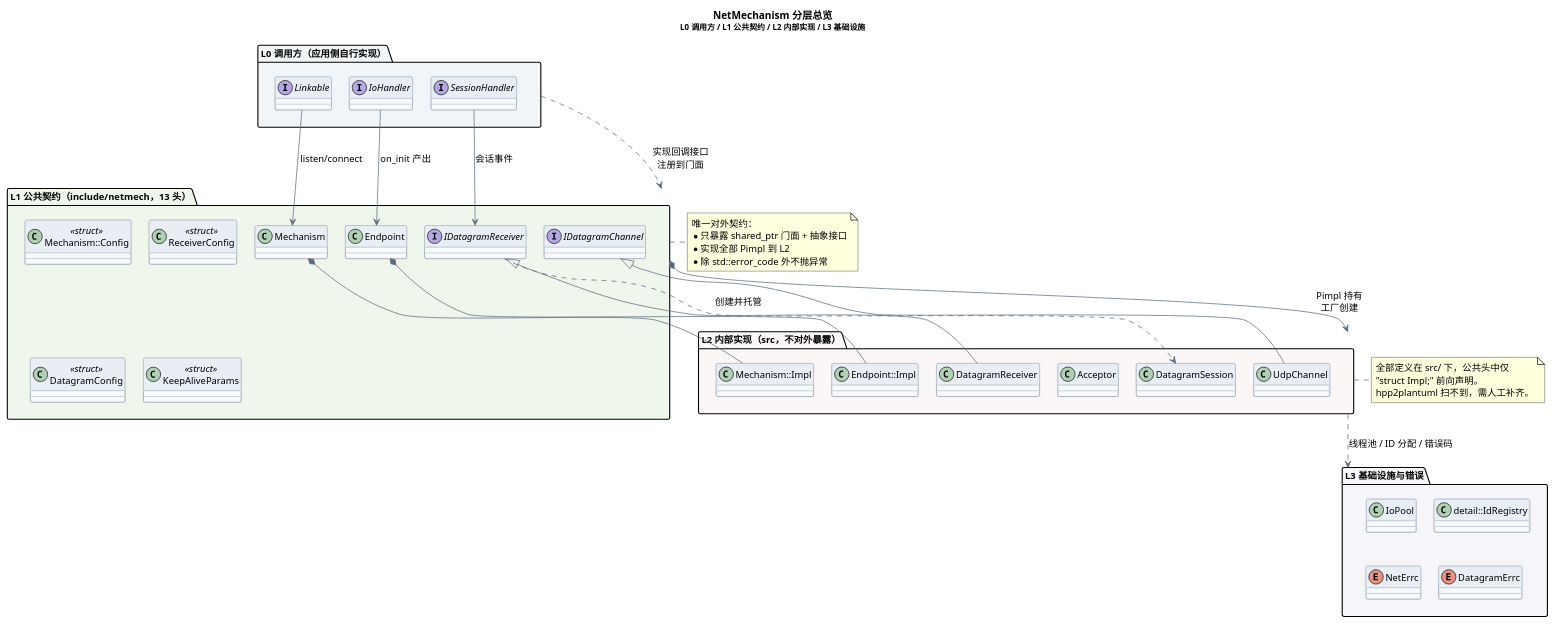
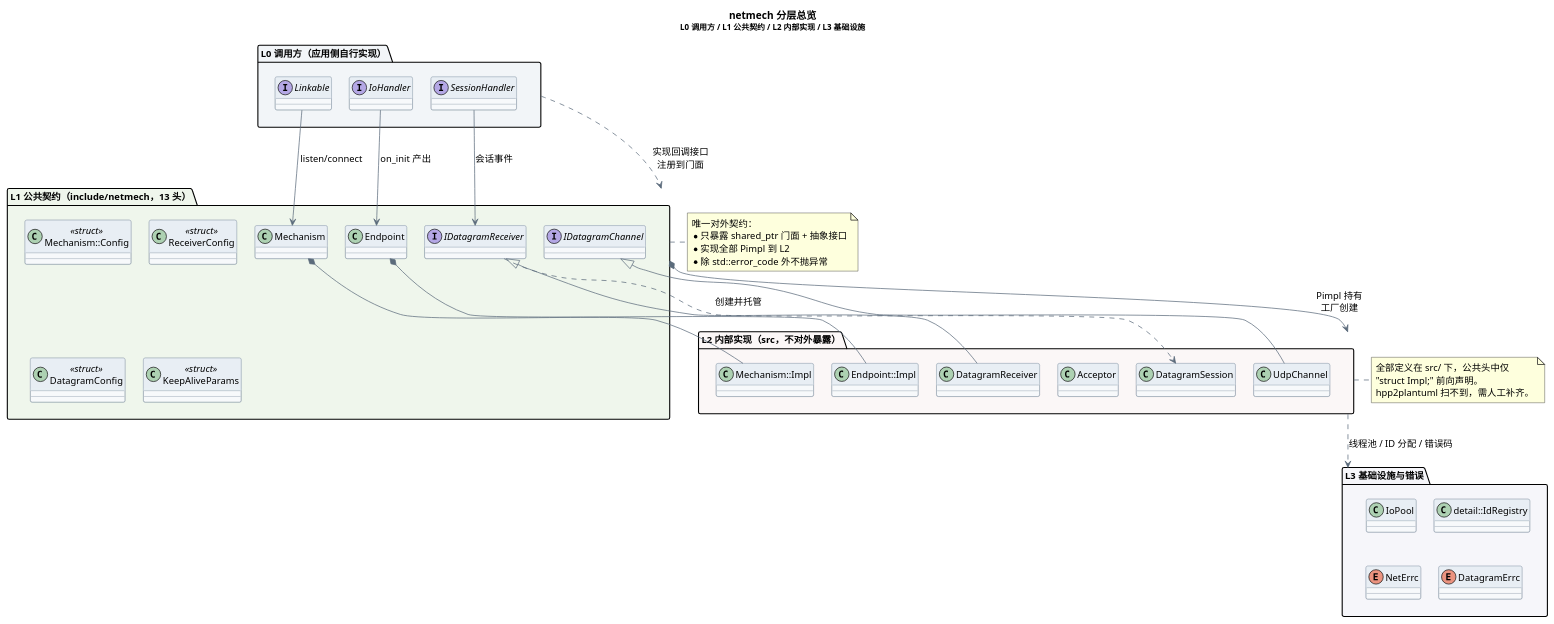
The diagram in docs/design/00_overview.puml (goldhalo/netmech), drawn with PlantUML before and after one commit. The commit also changed 59 other files, not shown here.

```diff
--- a/docs/design/00_overview.puml
+++ b/docs/design/00_overview.puml
@@ -1,80 +1,80 @@
 @startuml netmech_overview
-' NetMechanism 分层总览（全景，不含成员细节）
+' netmech 分层总览（全景，不含成员细节）
 skinparam backgroundColor #FFFFFF
 skinparam defaultFontName "Microsoft YaHei"
 skinparam defaultFontSize 13
 skinparam classAttributeIconSize 0
 skinparam shadowing false
 skinparam nodesep 25
 skinparam ranksep 45
 skinparam ArrowColor #5B6B7B
 skinparam ClassBorderColor #7A8B9A
 skinparam ClassBackgroundColor #F7F9FB
 skinparam ClassHeaderBackgroundColor #E8EEF4
 skinparam InterfaceBackgroundColor #EFF6EC
 skinparam InterfaceBorderColor #6E9C5A
 
-title NetMechanism 分层总览\n<size:11>L0 调用方 / L1 公共契约 / L2 内部实现 / L3 基础设施</size>
+title netmech 分层总览\n<size:11>L0 调用方 / L1 公共契约 / L2 内部实现 / L3 基础设施</size>
 
 package "L0 调用方（应用侧自行实现）" as L0 #F2F5F8 {
     interface Linkable
     interface IoHandler
     interface SessionHandler
 }
 
 package "L1 公共契约（include/netmech，13 头）" as L1 #EFF6EC {
     class Mechanism
     class Endpoint
     interface IDatagramChannel
     interface IDatagramReceiver
     class "Mechanism::Config" as MechConfig <<struct>>
     class ReceiverConfig <<struct>>
     class DatagramConfig <<struct>>
     class KeepAliveParams <<struct>>
 }
 
 package "L2 内部实现（src，不对外暴露）" as L2 #FBF7F7 {
     class "Mechanism::Impl" as MechanismImpl
     class "Endpoint::Impl" as EndpointImpl
     class Acceptor
     class UdpChannel
     class DatagramReceiver
     class DatagramSession
 }
 
 package "L3 基础设施与错误" as L3 #F6F6FA {
     class IoPool
     class "detail::IdRegistry" as IdRegistry
     enum NetErrc
     enum DatagramErrc
 }
 
 ' ---- 层间关系 ----
 L0 ..> L1 : 实现回调接口\n注册到门面
 L1 *--> L2 : Pimpl 持有\n工厂创建
 L2 ..> L3 : 线程池 / ID 分配 / 错误码
 
 ' ---- 层内关键关系 ----
 Linkable -right-> Mechanism : listen/connect
 IoHandler -right-> Endpoint : on_init 产出
 SessionHandler -right-> IDatagramReceiver : 会话事件
 Mechanism *-right- MechanismImpl
 Endpoint *-right- EndpointImpl
 IDatagramChannel <|-- UdpChannel
 IDatagramReceiver <|-- DatagramReceiver
 IDatagramReceiver ..> DatagramSession : 创建并托管
 
 note right of L1
   唯一对外契约：
   * 只暴露 shared_ptr 门面 + 抽象接口
   * 实现全部 Pimpl 到 L2
   * 除 std::error_code 外不抛异常
 end note
 
 note right of L2
   全部定义在 src/ 下，公共头中仅
   "struct Impl;" 前向声明。
   hpp2plantuml 扫不到，需人工补齐。
 end note
 
 @enduml
```
